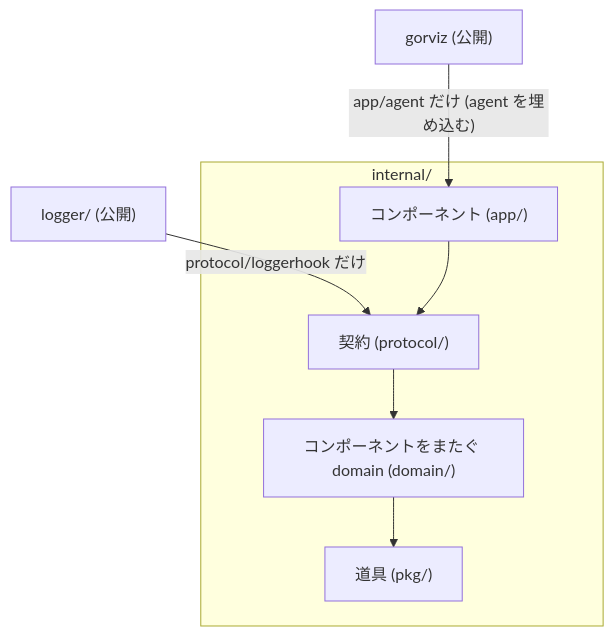
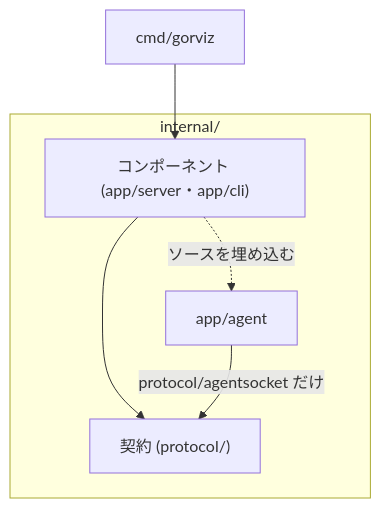
Before and after one commit to kakkky/gorviz: the first of 12 diagrams in docs/architecture.md, drawn with Mermaid. The commit also changed other lines of this file, not shown here.

Commit message:
docs: rework the architecture for the local tool with one gorviz binary holding the server and the cli, layer the agent injected into the app through an overlay, talk to it over one socket defined in agentsocket, and keep package names short with the details in type names

````diff
--- a/docs/architecture.md
+++ b/docs/architecture.md
@@ -45,15 +37,14 @@
 ```mermaid
 flowchart TD
-    gorviz["gorviz (公開)"]
-    logger["logger/ (公開)"]
+    cmd["cmd/gorviz"]
     subgraph internal["internal/"]
-        app["コンポーネント (app/)"]
+        app["コンポーネント (app/server・app/cli)"]
+        agent["app/agent"]
         protocol["契約 (protocol/)"]
-        domain["コンポーネントをまたぐ domain (domain/)"]
-        pkg["道具 (pkg/)"]
     end
 
-    gorviz -->|"app/agent だけ (agent を埋め込む)"| app
-    logger -->|"protocol/loggerhook だけ"| protocol
-    app --> protocol --> domain --> pkg
+    cmd --> app
+    app --> protocol
+    agent -->|"protocol/agentsocket だけ"| protocol
+    app -. "ソースを埋め込む" .-> agent
 ```
````
